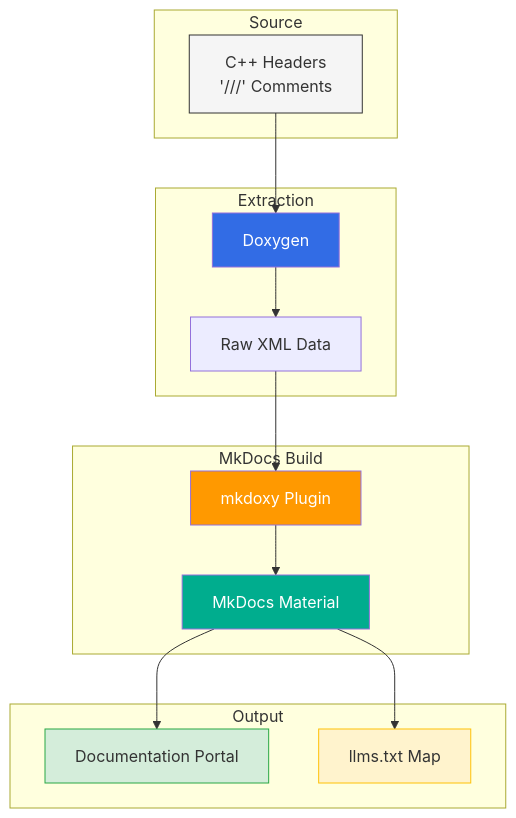
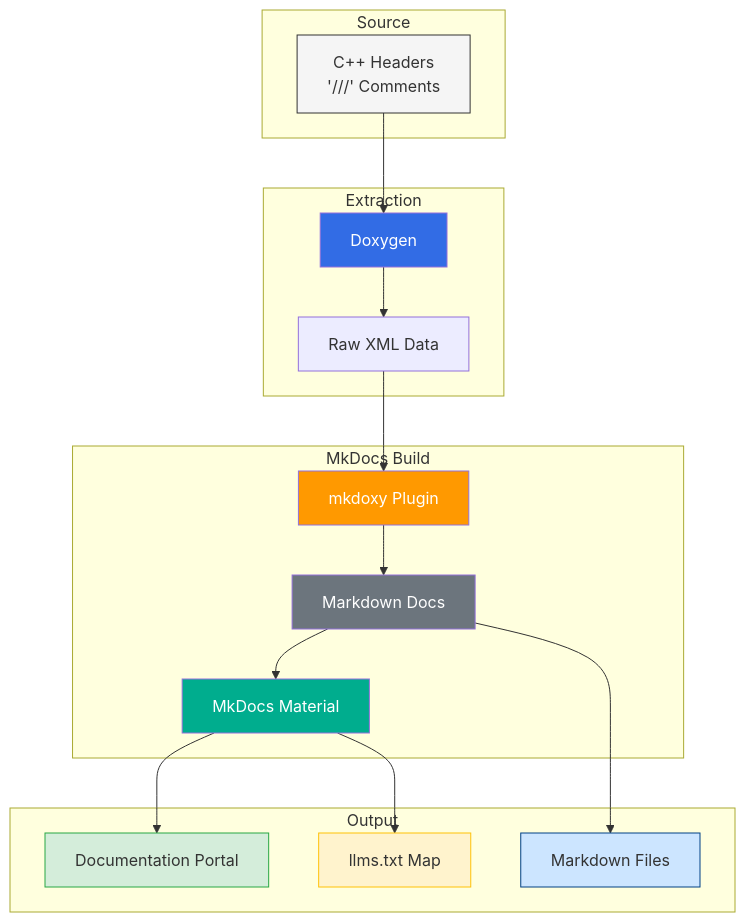
The diagram in doc/cpp/README.md (augustodamasceno/dotfiles), drawn with Mermaid before and after one commit. The commit also changed other lines of this file and 33 other files, not shown here.

````diff
--- a/doc/cpp/README.md
+++ b/doc/cpp/README.md
@@ -5,35 +5,41 @@
 ```mermaid
 graph TD
     subgraph Source_Layer [Source]
         CPP[C++ Headers<br/>'///' Comments]
     end
 
     subgraph Parsing_Layer [Extraction]
         DOX[Doxygen]
         XML[Raw XML Data]
         CPP --> DOX
         DOX --> XML
     end
 
     subgraph Plugin_Layer [MkDocs Build]
         MKDOXY[mkdoxy Plugin]
+        MD[Markdown Docs]
         MKD[MkDocs Material]
         XML --> MKDOXY
-        MKDOXY --> MKD
+        MKDOXY --> MD
+        MD --> MKD
     end
 
     subgraph Presentation_Layer [Output]
         HTML[Documentation Portal]
         LLM[llms.txt Map]
+        MDO[Markdown Files]
         MKD --> HTML
         MKD --> LLM
+        MD --> MDO
     end
 
     %% Styling
     style CPP fill:#f5f5f5,stroke:#333
     style DOX fill:#326ce5,color:#fff
     style MKDOXY fill:#ff9900,color:#fff
+    style MD fill:#6c757d,color:#fff
     style MKD fill:#00ad8e,color:#fff
     style HTML fill:#d4edda,stroke:#28a745
     style LLM fill:#fff3cd,stroke:#ffc107
+    style MDO fill:#cce5ff,stroke:#004085
 ```
````
